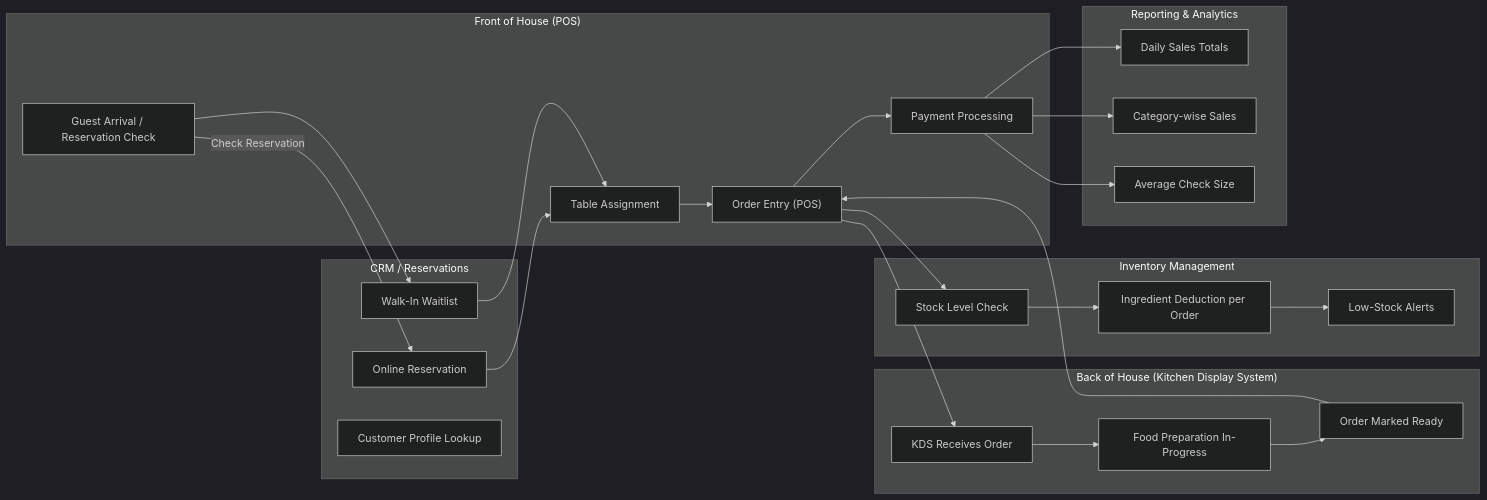
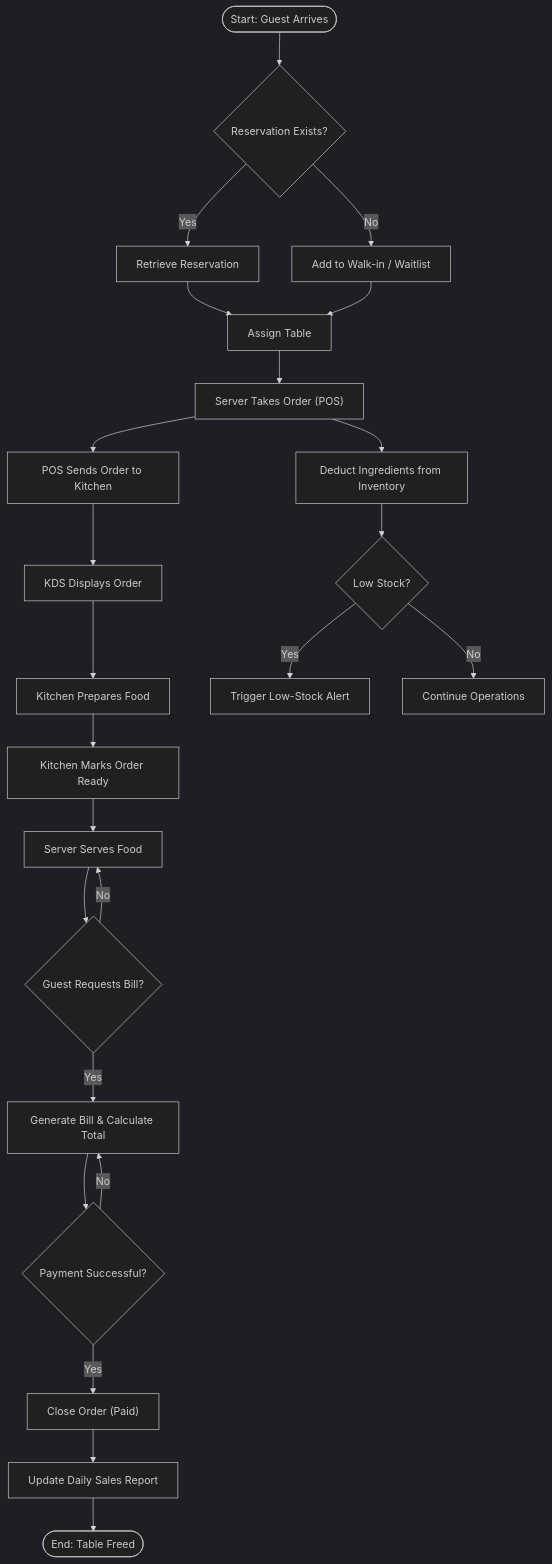
Before and after one commit to Sumanchatterje/Genetic: the diagram in README.md, drawn with Mermaid (dark theme).

Commit message:
Refactor flowchart in README for clarity

````diff
--- a/README.md
+++ b/README.md
@@ -1,62 +1,45 @@
 ```mermaid
-flowchart LR
+flowchart TD
 
-    %% --- Core Modules ---
-    subgraph FOH["Front of House (POS)"]
-        A["Guest Arrival / Reservation Check"]
-        B["Table Assignment"]
-        C["Order Entry (POS)"]
-        D["Payment Processing"]
-    end
+    %% --- Start ---
+    A([Start: Guest Arrives]) --> B{Reservation Exists?}
 
-    subgraph BOH["Back of House (Kitchen Display System)"]
-        E["KDS Receives Order"]
-        F["Food Preparation In-Progress"]
-        G["Order Marked Ready"]
-    end
+    %% --- Reservation Path ---
+    B -- Yes --> C["Retrieve Reservation"]
+    B -- No --> D["Add to Walk-in / Waitlist"]
 
-    subgraph INV["Inventory Management"]
-        H["Stock Level Check"]
-        I["Ingredient Deduction per Order"]
-        J["Low-Stock Alerts"]
-    end
+    C --> E["Assign Table"]
+    D --> E
 
-    subgraph CRM["CRM / Reservations"]
-        K["Online Reservation"]
-        L["Walk-In Waitlist"]
-        M["Customer Profile Lookup"]
-    end
+    %% --- Ordering ---
+    E --> F["Server Takes Order (POS)"]
+    F --> G["POS Sends Order to Kitchen"]
 
-    subgraph REP["Reporting & Analytics"]
-        N["Daily Sales Totals"]
-        O["Category-wise Sales"]
-        P["Average Check Size"]
-    end
+    %% --- Kitchen Flow ---
+    G --> H["KDS Displays Order"]
+    H --> I["Kitchen Prepares Food"]
+    I --> J["Kitchen Marks Order Ready"]
 
-    %% --- Flow Connections ---
-    A -->|Check Reservation| K
-    K --> B
-    A --> L
-    L --> B
+    %% --- Serving ---
+    J --> K["Server Serves Food"]
 
-    B --> C
-    C --> E
+    %% --- Payment Decision ---
+    K --> L{Guest Requests Bill?}
+    L -- No --> K
+    L -- Yes --> M["Generate Bill & Calculate Total"]
 
-    %% BOH Flow
-    E --> F --> G
+    %% --- Payment Handling ---
+    M --> N{Payment Successful?}
+    N -- No --> M
+    N -- Yes --> O["Close Order (Paid)"]
 
-    %% Food Ready → FOH
-    G --> C
+    %% --- Inventory Sync ---
+    F --> P["Deduct Ingredients from Inventory"]
+    P --> Q{Low Stock?}
+    Q -- Yes --> R["Trigger Low-Stock Alert"]
+    Q -- No --> S["Continue Operations"]
 
-    %% Payment
-    C --> D
-
-    %% Inventory Sync
-    C --> H
-    H --> I --> J
-
-    %% Reporting Triggers
-    D --> N
-    D --> O
-    D --> P
+    %% --- Reporting ---
+    O --> T["Update Daily Sales Report"]
+    T --> U([End: Table Freed])
 ```
````
